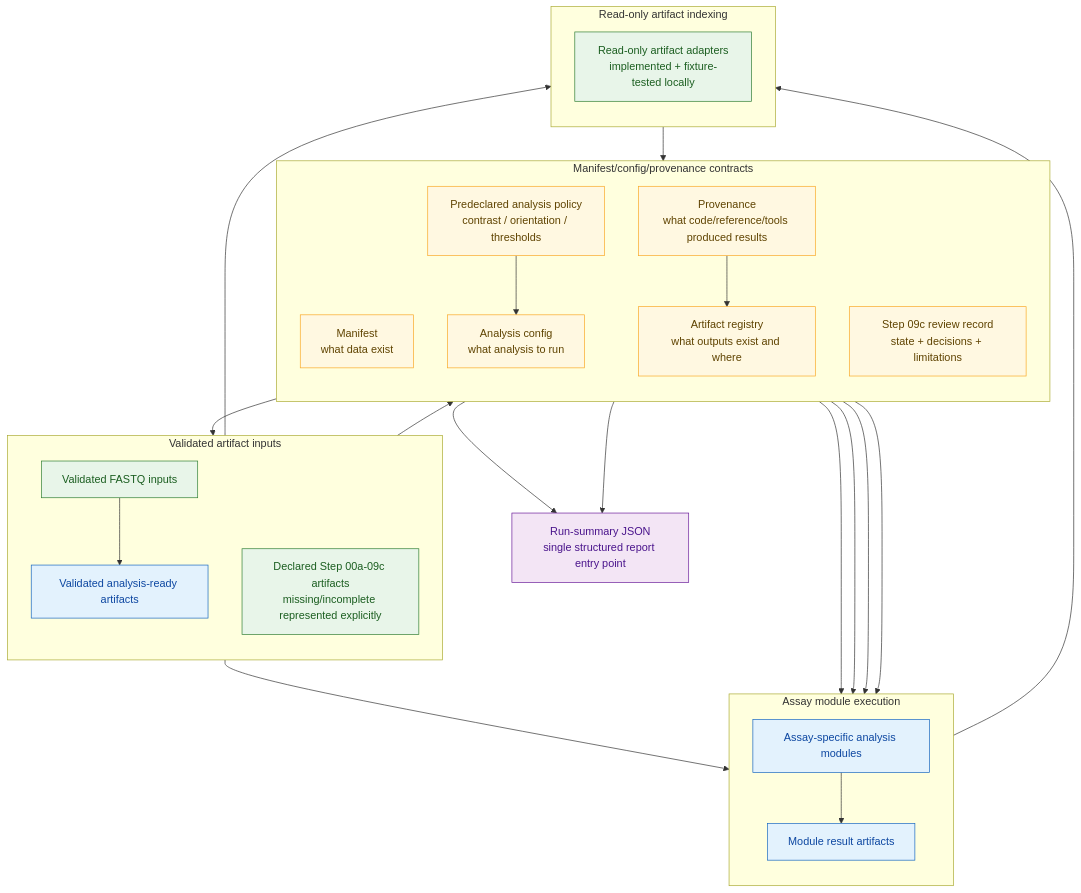
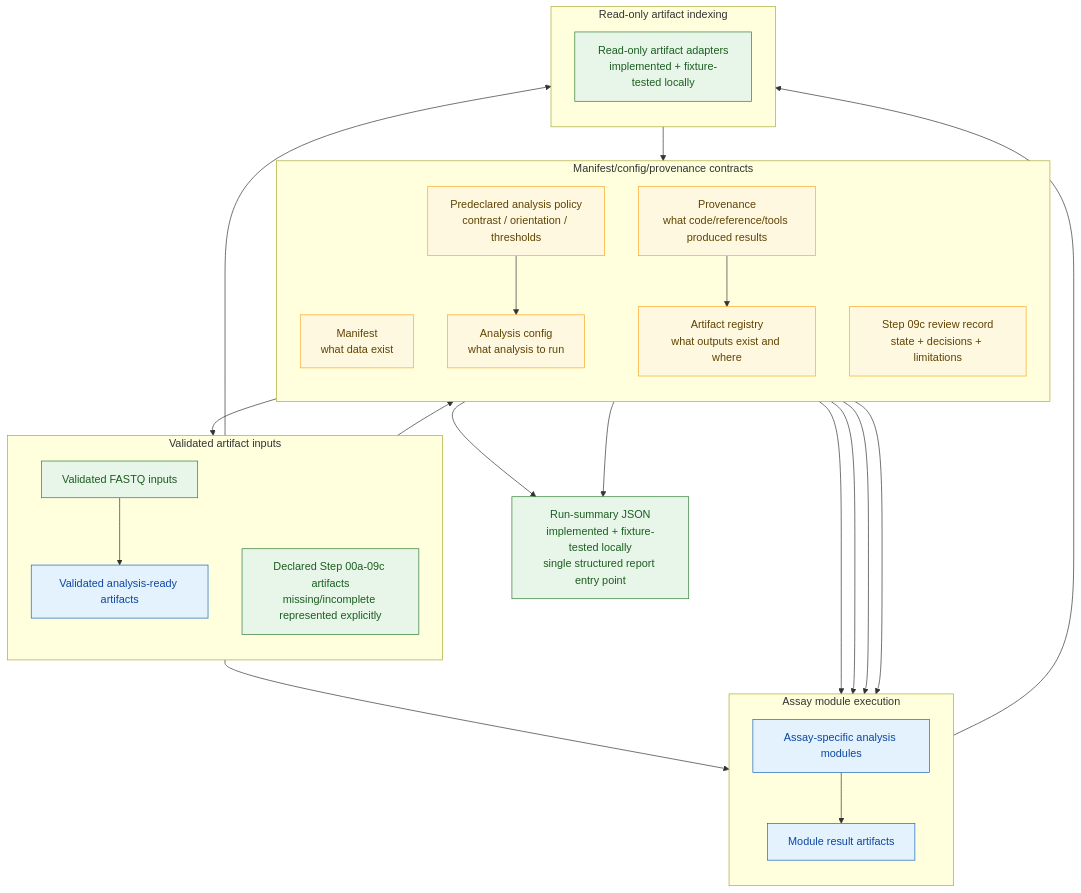
Before and after one commit to lab-cats/EMRYS: the third of 4 diagrams in docs/architecture/FUTURE_ARCHITECTURE.md, drawn with Mermaid. The commit also changed other lines of this file and 18 other files, not shown here.

Commit message:
artifact run summary docpatch

````diff
--- a/docs/architecture/FUTURE_ARCHITECTURE.md
+++ b/docs/architecture/FUTURE_ARCHITECTURE.md
@@ -193,54 +198,53 @@
 ```mermaid
 flowchart TD
     classDef current fill:#e8f5e9,stroke:#2e7d32,color:#1b5e20
     classDef future fill:#e3f2fd,stroke:#1565c0,color:#0d47a1
     classDef contract fill:#fff8e1,stroke:#f9a825,color:#5f4300
     classDef reporting fill:#f3e5f5,stroke:#6a1b9a,color:#4a148c
 
     subgraph contracts["Manifest/config/provenance contracts"]
         direction TB
         manifest["Manifest<br/>what data exist"]
         config["Analysis config<br/>what analysis to run"]
         policy["Predeclared analysis policy<br/>contrast / orientation / thresholds"]
         review["Step 09c review record<br/>state + decisions + limitations"]
         provenance["Provenance<br/>what code/reference/tools produced results"]
         registry["Artifact registry<br/>what outputs exist and where"]
     end
 
     subgraph artifacts["Validated artifact inputs"]
         direction TB
         fastqs["Validated FASTQ inputs"]
         ready["Validated analysis-ready artifacts"]
         existing["Declared Step 00a-09c artifacts<br/>missing/incomplete represented explicitly"]
     end
 
     subgraph modules["Assay module execution"]
         direction TB
         module["Assay-specific analysis modules"]
         results["Module result artifacts"]
     end
 
     subgraph indexing["Read-only artifact indexing"]
         direction TB
         adapters["Read-only artifact adapters<br/>implemented + fixture-tested locally"]
     end
 
     manifest --> fastqs --> ready
     manifest --> module
     config --> module
     policy --> config
     policy --> module
     ready --> module
     provenance --> module
     module --> results --> adapters --> registry
     existing --> adapters
     existing --> review
     provenance --> registry
-    registry --> reports["Run-summary JSON<br/>single structured report entry point"]
+    registry --> reports["Run-summary JSON<br/>implemented + fixture-tested locally<br/>single structured report entry point"]
     review --> reports
 
     class manifest,config,policy,review,provenance,registry contract
-    class fastqs,existing,adapters current
+    class fastqs,existing,adapters,reports current
     class ready,module,results future
-    class reports reporting
 ```
````
